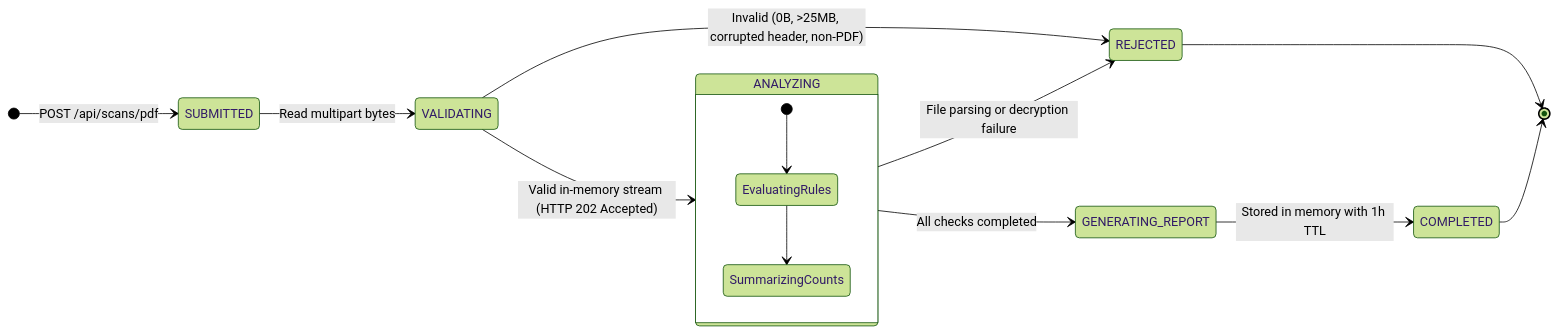
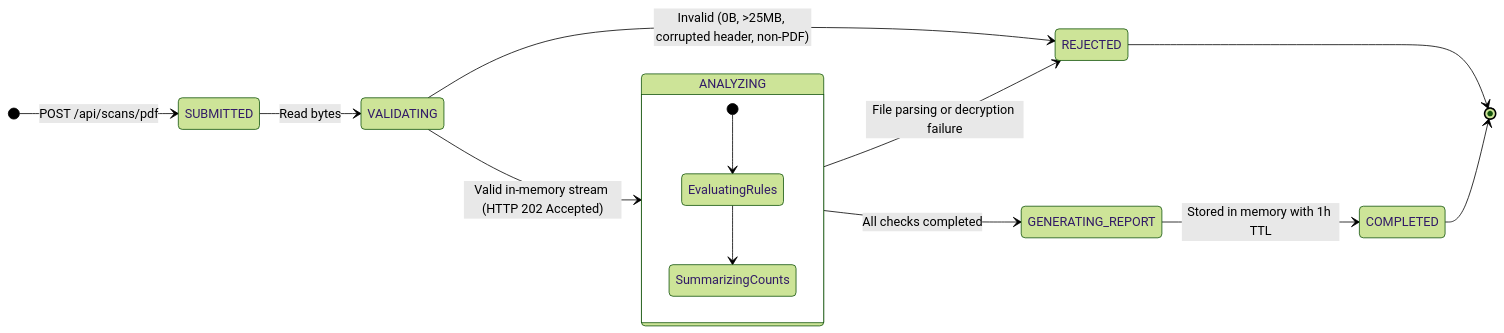
One commit to ibrahimdiallo8741/ada-pdf-accessibility-checker changed the diagram in docs/diagrams/scan_state_model.mmd. Above: the diagram before and after it, drawn with Mermaid (forest theme). The commit also changed 3 other files, not shown here.

```diff
--- a/docs/diagrams/scan_state_model.mmd
+++ b/docs/diagrams/scan_state_model.mmd
@@ -1,30 +1,30 @@
 stateDiagram-v2
     direction LR
 
     [*] --> SUBMITTED: POST /api/scans/pdf
-    SUBMITTED --> VALIDATING: Read multipart bytes
+    SUBMITTED --> VALIDATING: Read bytes
 
     VALIDATING --> REJECTED: Invalid (0B, >25MB, corrupted header, non-PDF)
     VALIDATING --> ANALYZING: Valid in-memory stream (HTTP 202 Accepted)
 
     state ANALYZING {
         [*] --> EvaluatingRules
         EvaluatingRules --> SummarizingCounts
     }
 
     ANALYZING --> REJECTED: File parsing or decryption failure
     ANALYZING --> GENERATING_REPORT: All checks completed
     GENERATING_REPORT --> COMPLETED: Stored in memory with 1h TTL
 
     COMPLETED --> [*]
     REJECTED --> [*]
 
     classDef submitted fill:#dbeafe,stroke:#3b82f6,color:#1e3a8a;
     classDef active fill:#e0e7ff,stroke:#6366f1,color:#312e81;
     classDef success fill:#dcfce7,stroke:#22c55e,color:#14532d;
     classDef fail fill:#fee2e2,stroke:#ef4444,color:#991b1b;
 
     class SUBMITTED submitted;
     class VALIDATING,ANALYZING,GENERATING_REPORT active;
     class COMPLETED success;
     class REJECTED fail;
```
